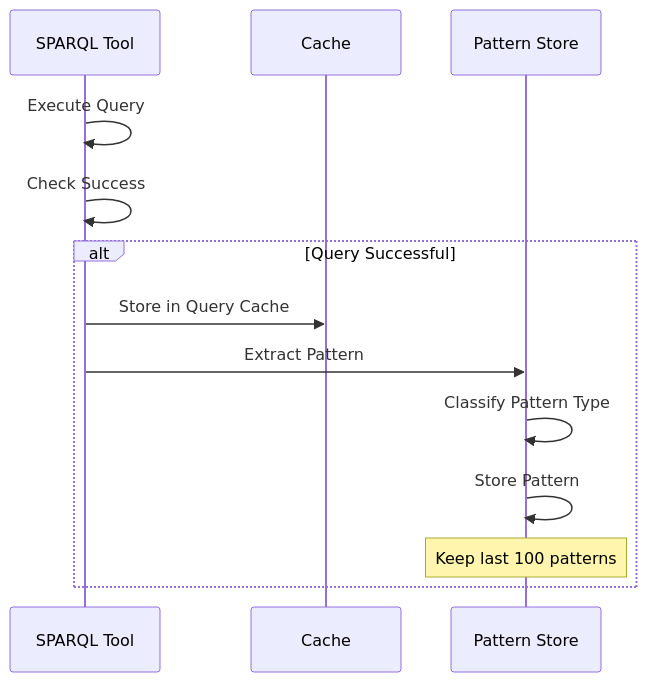
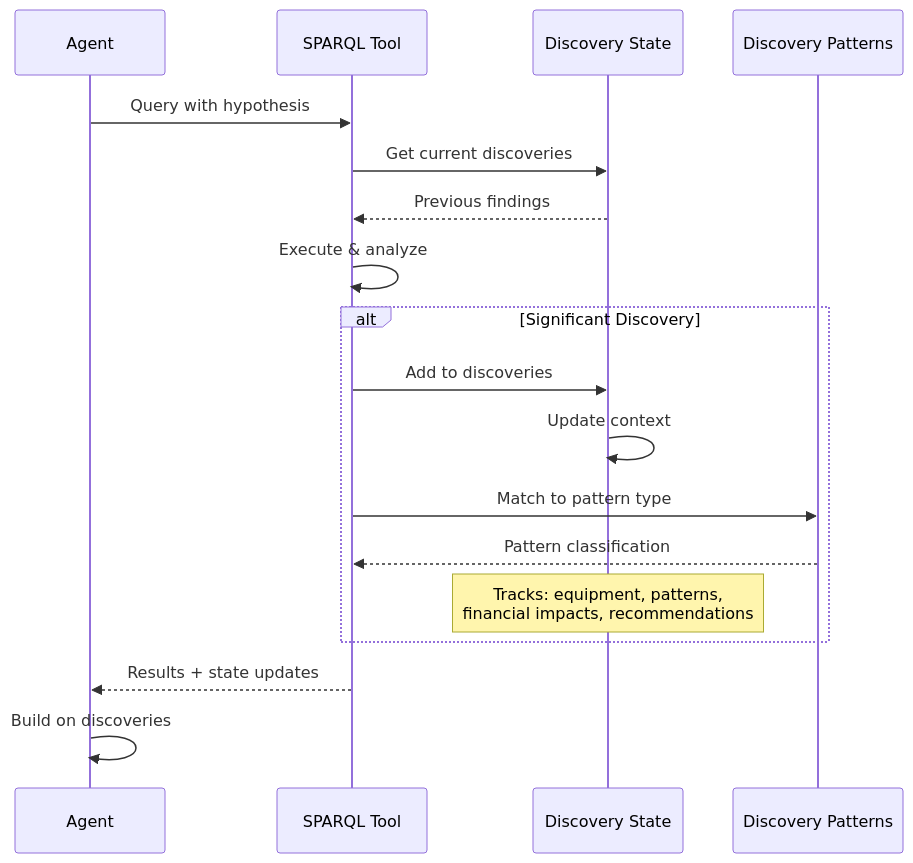
Before and after one commit to mcfitzgerald/ontology-project: the third of 3 diagrams in SYSTEM_ARCHITECTURE.md, drawn with Mermaid. The commit also changed other lines of this file and 18 other files, not shown here.

````diff
--- a/SYSTEM_ARCHITECTURE.md
+++ b/SYSTEM_ARCHITECTURE.md
@@ -335,16 +352,23 @@
 ```mermaid
 sequenceDiagram
+    participant Agent
     participant SPARQL as SPARQL Tool
-    participant Cache
-    participant Patterns as Pattern Store
+    participant State as Discovery State
+    participant Patterns as Discovery Patterns
     
-    SPARQL->>SPARQL: Execute Query
-    SPARQL->>SPARQL: Check Success
-    alt Query Successful
-        SPARQL->>Cache: Store in Query Cache
-        SPARQL->>Patterns: Extract Pattern
-        Patterns->>Patterns: Classify Pattern Type
-        Patterns->>Patterns: Store Pattern
-        Note over Patterns: Keep last 100 patterns
+    Agent->>SPARQL: Query with hypothesis
+    SPARQL->>State: Get current discoveries
+    State-->>SPARQL: Previous findings
+    SPARQL->>SPARQL: Execute & analyze
+    
+    alt Significant Discovery
+        SPARQL->>State: Add to discoveries
+        State->>State: Update context
+        SPARQL->>Patterns: Match to pattern type
+        Patterns-->>SPARQL: Pattern classification
+        Note over State: Tracks: equipment, patterns,<br/>financial impacts, recommendations
     end
+    
+    SPARQL-->>Agent: Results + state updates
+    Agent->>Agent: Build on discoveries
 ```
````
